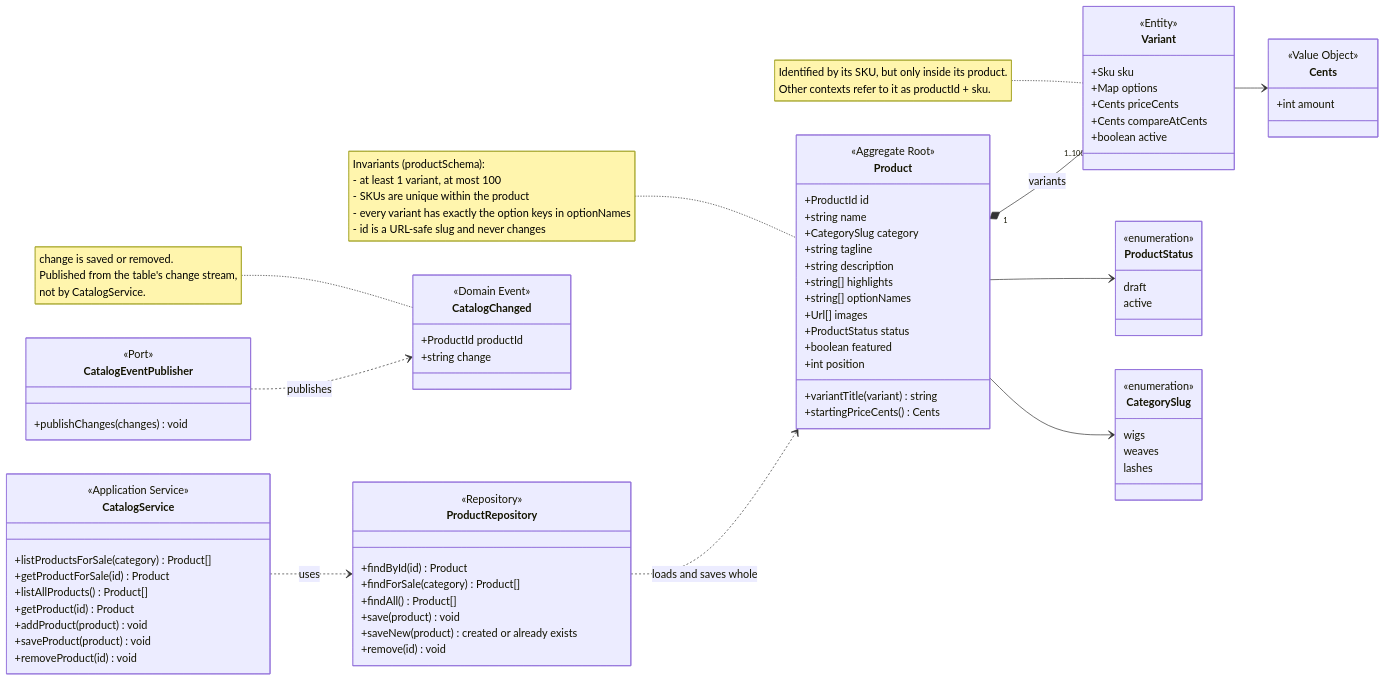
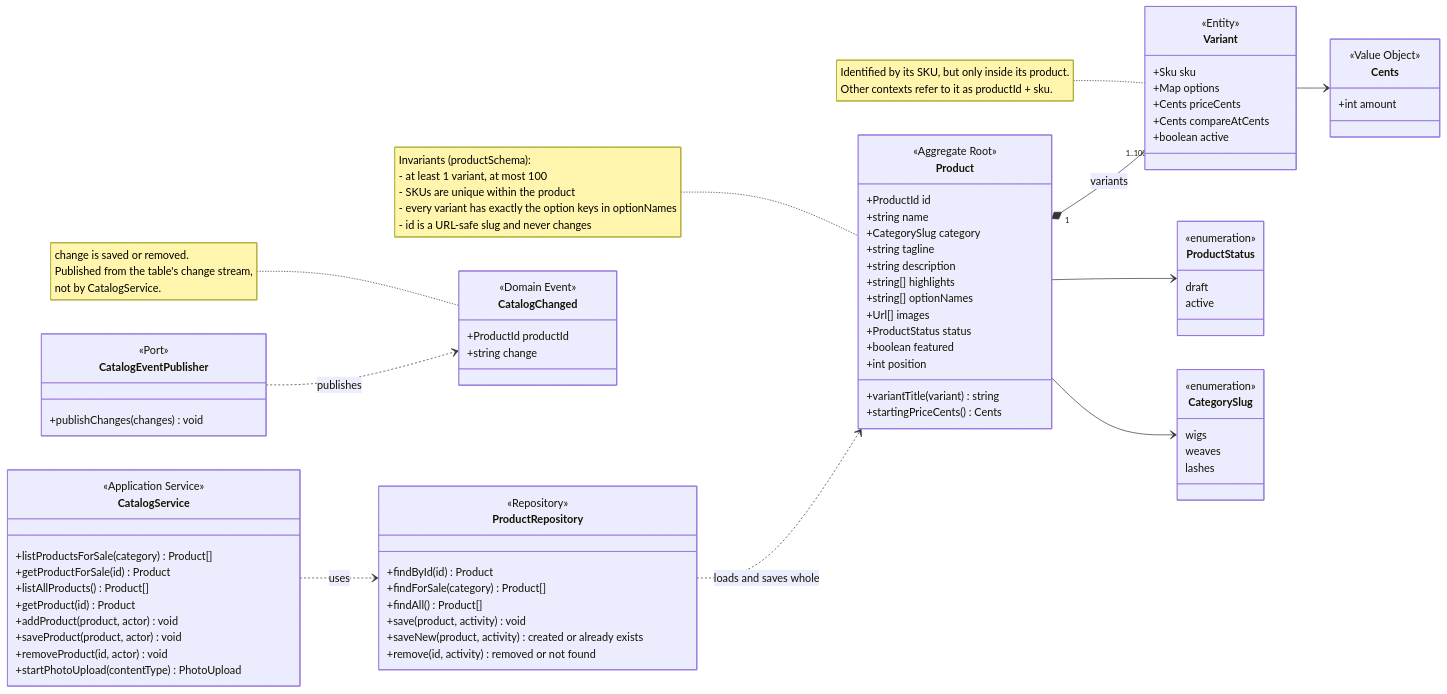
The first of 7 diagrams in docs/class-diagrams.md (rossislike/luxebaddie), drawn with Mermaid before and after one commit. The commit also changed other lines of this file and 56 other files, not shown here.

```diff
--- a/docs/class-diagrams.md
+++ b/docs/class-diagrams.md
@@ -67,9 +67,10 @@
         +getProductForSale(id) Product
         +listAllProducts() Product[]
         +getProduct(id) Product
-        +addProduct(product) void
-        +saveProduct(product) void
-        +removeProduct(id) void
+        +addProduct(product, actor) void
+        +saveProduct(product, actor) void
+        +removeProduct(id, actor) void
+        +startPhotoUpload(contentType) PhotoUpload
     }
 
     class ProductRepository {
@@ -77,9 +78,9 @@
         +findById(id) Product
         +findForSale(category) Product[]
         +findAll() Product[]
-        +save(product) void
-        +saveNew(product) created or already exists
-        +remove(id) void
+        +save(product, activity) void
+        +saveNew(product, activity) created or already exists
+        +remove(id, activity) removed or not found
     }
 
     class CatalogEventPublisher {
```
